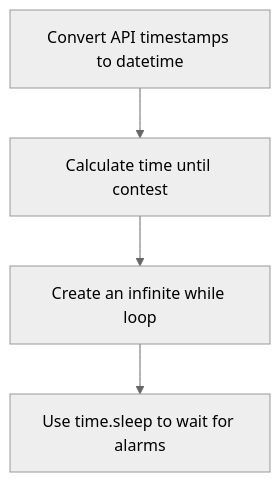
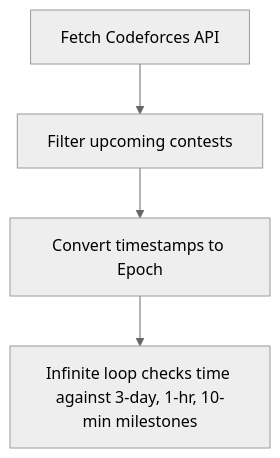
Before and after one commit to Susovan07-Slice/Contest-alert: the first of 4 diagrams in architecture.md, drawn with Mermaid (neutral theme). The commit also changed other lines of this file and 19 other files, not shown here.

Commit message:
feat: Add Mobile App with Multi-Platform tracking, mock API fallback, and custom Rating Graphs

````diff
--- a/architecture.md
+++ b/architecture.md
@@ -32,6 +17,6 @@
 ```mermaid
 graph TD;
-    A[Convert API timestamps to datetime] --> B[Calculate time until contest];
-    B --> C[Create an infinite while loop];
-    C --> D[Use time.sleep to wait for alarms];
+    A[Fetch Codeforces API] --> B[Filter upcoming contests];
+    B --> C[Convert timestamps to Epoch];
+    C --> D[Infinite loop checks time against 3-day, 1-hr, 10-min milestones];
 ```
````
